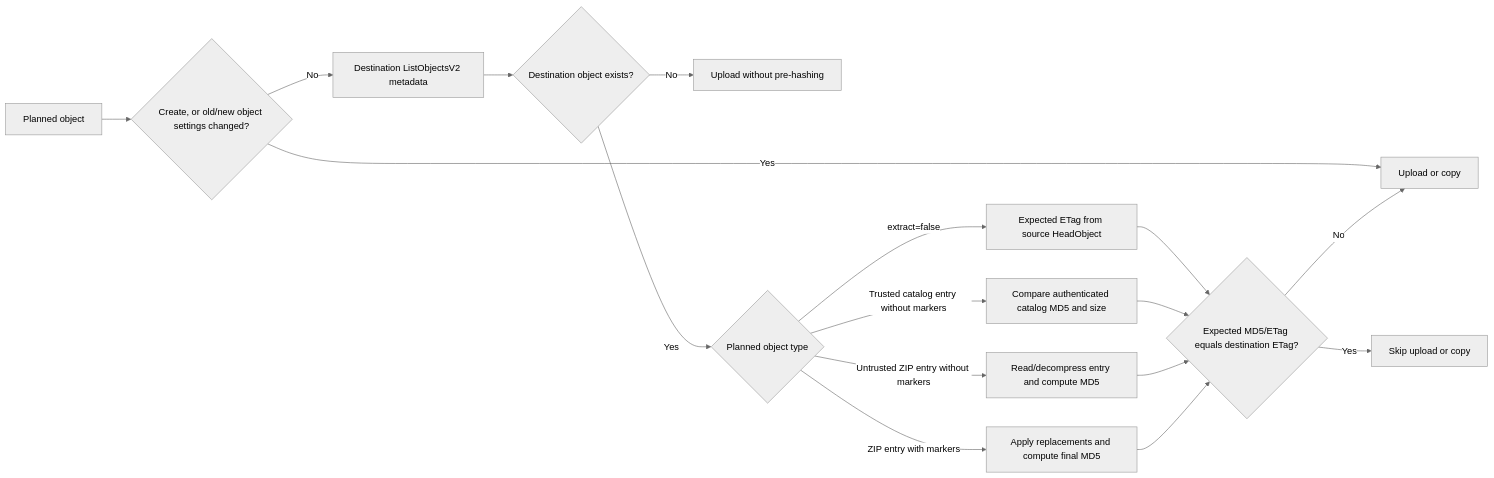
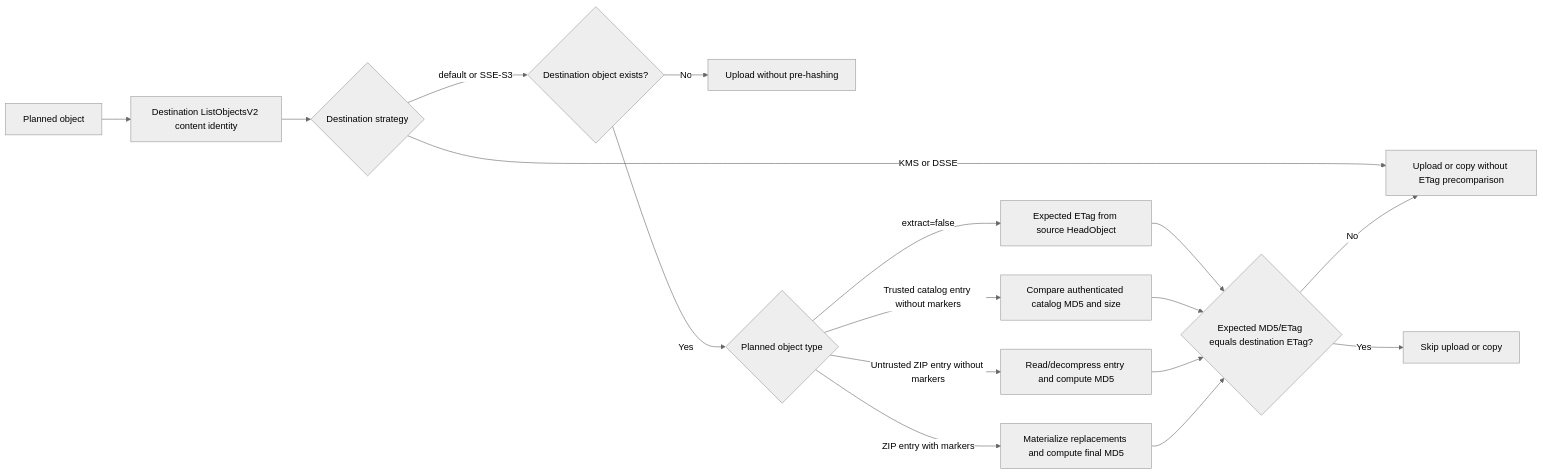
Before and after one commit to garysassano/shin-bucket-deployment: the second of 2 diagrams in docs/architecture.md, drawn with Mermaid (neutral theme). The commit also changed other lines of this file and 36 other files, not shown here.

````diff
--- a/docs/architecture.md
+++ b/docs/architecture.md
@@ -383,19 +383,19 @@
 ```mermaid
 flowchart LR
-  A["Planned object"] --> M{"Create, or old/new object settings changed?"}
-  M -->|Yes| K["Upload or copy"]
-  M -->|No| B["Destination ListObjectsV2 metadata"]
-  B --> C{"Destination object exists?"}
-  C -->|No| D["Upload without pre-hashing"]
-  C -->|Yes| E{"Planned object type"}
-  E -->|"extract=false"| F["Expected ETag from source HeadObject"]
-  E -->|"Trusted catalog entry without markers"| G["Compare authenticated catalog MD5 and size"]
-  E -->|"Untrusted ZIP entry without markers"| L["Read/decompress entry and compute MD5"]
-  E -->|"ZIP entry with markers"| H["Apply replacements and compute final MD5"]
-  F --> I{"Expected MD5/ETag equals destination ETag?"}
-  G --> I
-  L --> I
-  H --> I
-  I -->|Yes| J["Skip upload or copy"]
-  I -->|No| K["Upload or copy"]
+  A["Planned object"] --> B["Destination ListObjectsV2 content identity"]
+  B --> C{"Destination strategy"}
+  C -->|"KMS or DSSE"| K["Upload or copy without ETag precomparison"]
+  C -->|"default or SSE-S3"| D{"Destination object exists?"}
+  D -->|No| E["Upload without pre-hashing"]
+  D -->|Yes| F{"Planned object type"}
+  F -->|"extract=false"| G["Expected ETag from source HeadObject"]
+  F -->|"Trusted catalog entry without markers"| H["Compare authenticated catalog MD5 and size"]
+  F -->|"Untrusted ZIP entry without markers"| I["Read/decompress entry and compute MD5"]
+  F -->|"ZIP entry with markers"| J["Materialize replacements and compute final MD5"]
+  G --> L{"Expected MD5/ETag equals destination ETag?"}
+  H --> L
+  I --> L
+  J --> L
+  L -->|Yes| M["Skip upload or copy"]
+  L -->|No| K
 ```
````
